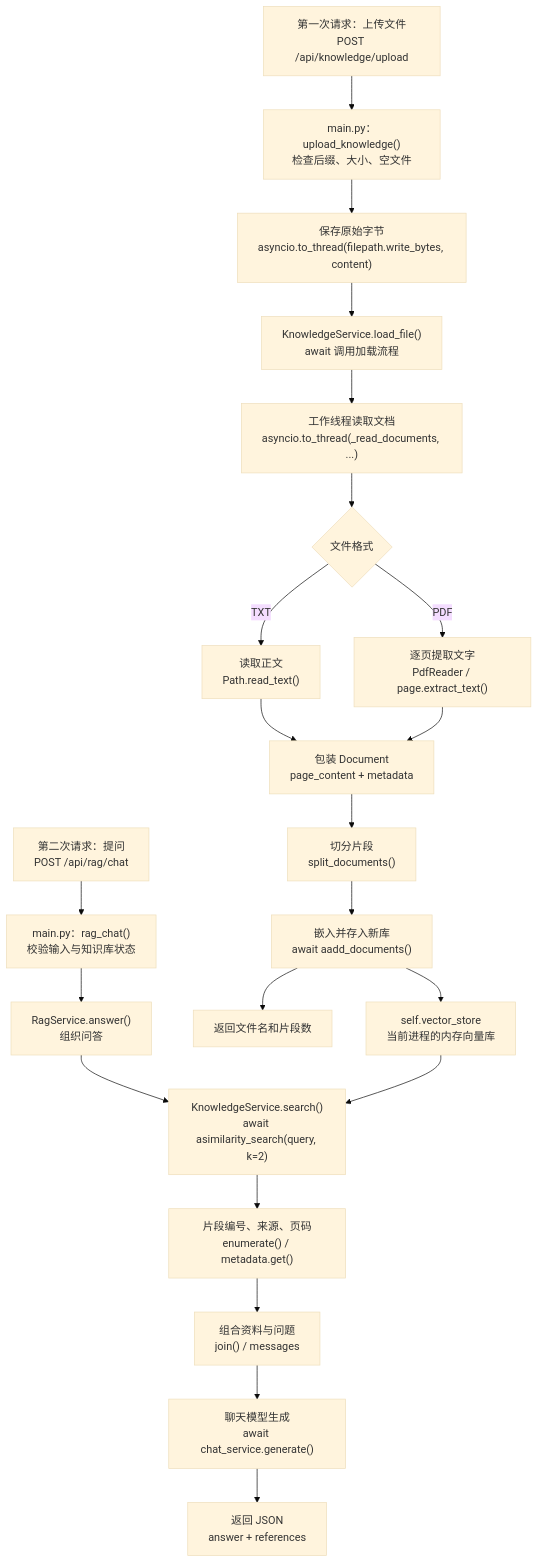
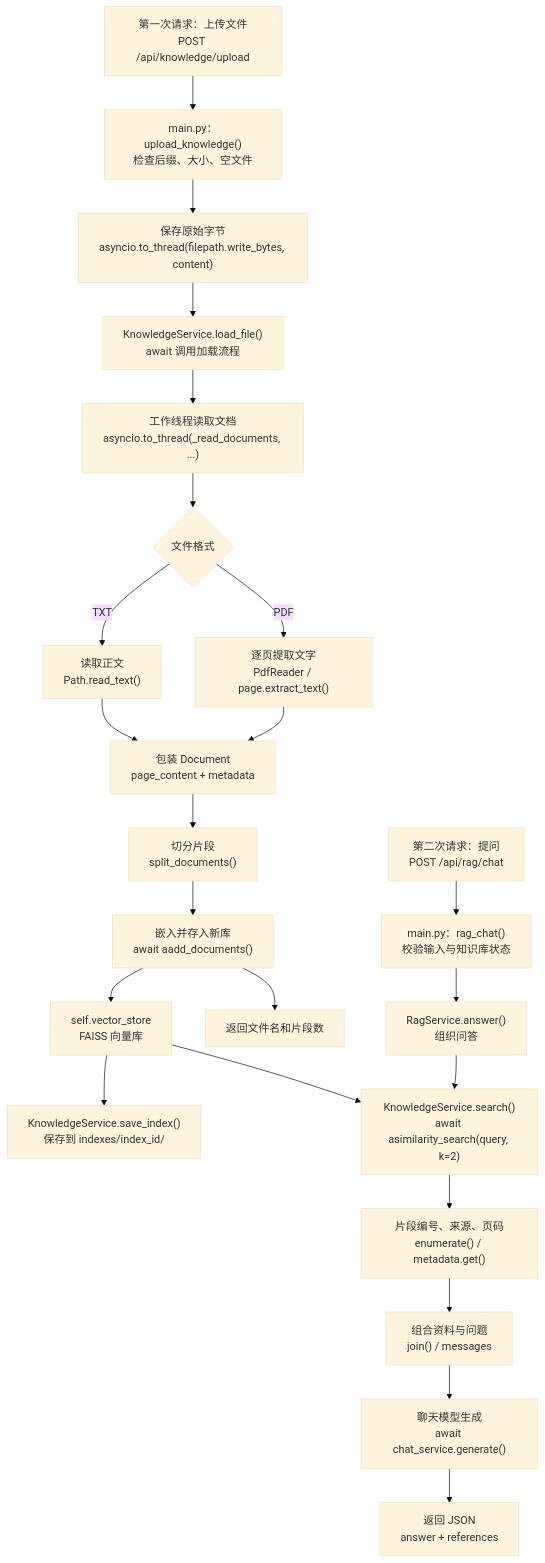
The diagram in RAG上传与问答流程讲解.md (YPT-ME-2/customer-service-agent-practice), drawn with Mermaid (base theme) before and after one commit. The commit also changed other lines of this file and 3 other files, not shown here.

````diff
--- a/RAG上传与问答流程讲解.md
+++ b/RAG上传与问答流程讲解.md
@@ -34,25 +34,26 @@
 ```mermaid
 flowchart TD
     A["第一次请求：上传文件<br/>POST /api/knowledge/upload"] --> B["main.py：upload_knowledge()<br/>检查后缀、大小、空文件"]
     B --> C["保存原始字节<br/>asyncio.to_thread(filepath.write_bytes, content)"]
     C --> D["KnowledgeService.load_file()<br/>await 调用加载流程"]
     D --> E["工作线程读取文档<br/>asyncio.to_thread(_read_documents, ...)"]
     E --> F{文件格式}
     F -->|TXT| G["读取正文<br/>Path.read_text()"]
     F -->|PDF| H["逐页提取文字<br/>PdfReader / page.extract_text()"]
     G --> I["包装 Document<br/>page_content + metadata"]
     H --> I
     I --> J["切分片段<br/>split_documents()"]
     J --> K["嵌入并存入新库<br/>await aadd_documents()"]
-    K --> STORE["self.vector_store<br/>当前进程的内存向量库"]
+    K --> STORE["self.vector_store<br/>FAISS 向量库"]
+    STORE --> SAVE["KnowledgeService.save_index()<br/>保存到 indexes/index_id/"]
     K --> OK[返回文件名和片段数]
 
     Q["第二次请求：提问<br/>POST /api/rag/chat"] --> R["main.py：rag_chat()<br/>校验输入与知识库状态"]
     R --> S["RagService.answer()<br/>组织问答"]
     S --> T["KnowledgeService.search()<br/>await asimilarity_search(query, k=2)"]
     STORE --> T
     T --> U["片段编号、来源、页码<br/>enumerate() / metadata.get()"]
     U --> V["组合资料与问题<br/>join() / messages"]
     V --> W["聊天模型生成<br/>await chat_service.generate()"]
     W --> X["返回 JSON<br/>answer + references"]
 ```
````
